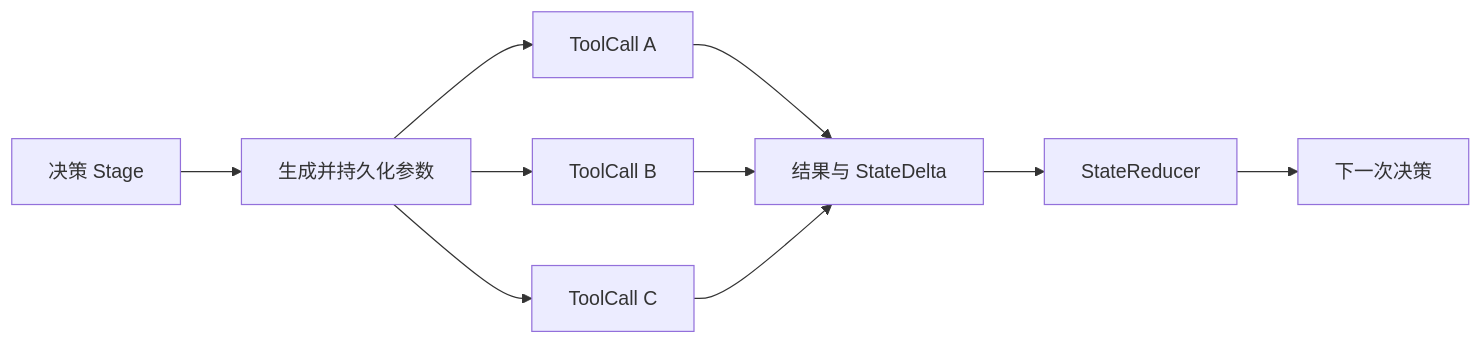
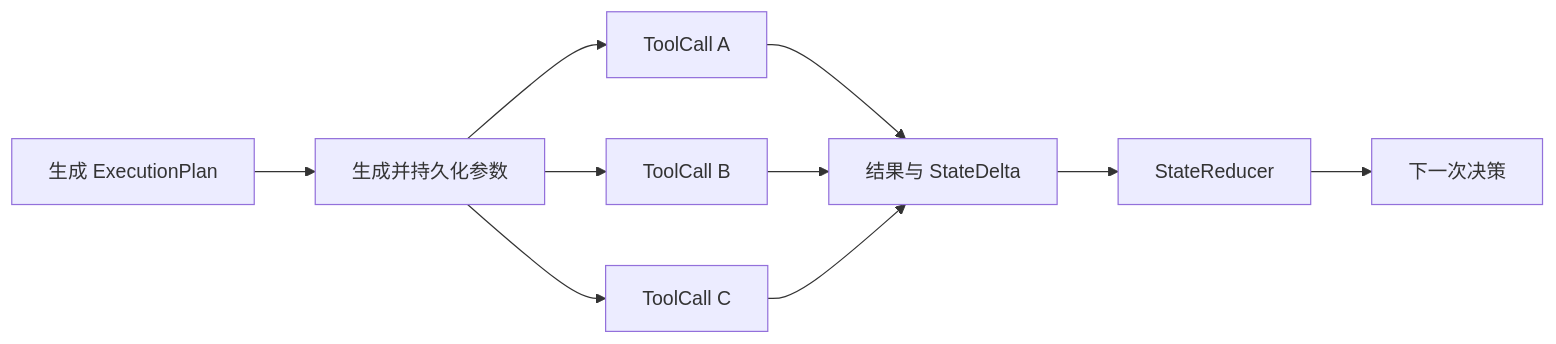
Before and after one commit to F-86/llm-driven-runtime: the diagram in docs/architecture/tool-execution.md, drawn with Mermaid. The commit also changed other lines of this file and 38 other files, not shown here.

````diff
--- a/docs/architecture/tool-execution.md
+++ b/docs/architecture/tool-execution.md
@@ -7,12 +7,12 @@
 ```mermaid
 flowchart LR
-    Decision[决策 Stage] --> Arguments[生成并持久化参数]
+    Decision[生成 ExecutionPlan] --> Arguments[生成并持久化参数]
     Arguments --> A[ToolCall A]
     Arguments --> B[ToolCall B]
     Arguments --> C[ToolCall C]
     A --> Results[结果与 StateDelta]
     B --> Results
     C --> Results
     Results --> Reducer[StateReducer]
     Reducer --> Next[下一次决策]
 ```
````
